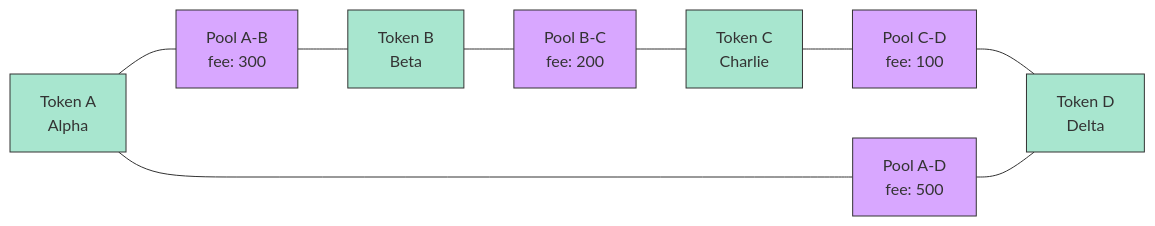
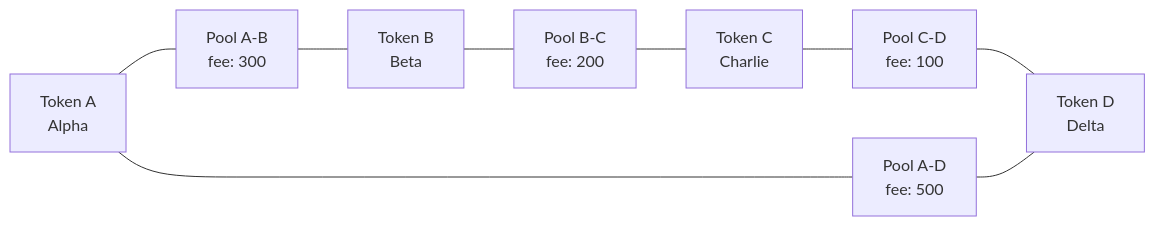
One commit to maxcherhk/comp5521-project changed the diagram in hardhat/README.md. Above: the diagram before and after it, drawn with Mermaid.

Commit message:
Remove color  definitions for token and pool in README.md to streamline the documentation.

````diff
--- a/hardhat/README.md
+++ b/hardhat/README.md
@@ -75,17 +75,15 @@
 ```mermaid
 graph LR
     A[Token A<br>Alpha] --- AB[Pool A-B<br>fee: 300]
     A --- AD[Pool A-D<br>fee: 500]
     AB --- B[Token B<br>Beta]
     B --- BC[Pool B-C<br>fee: 200]
     BC --- C[Token C<br>Charlie]
     C --- CD[Pool C-D<br>fee: 100]
     CD --- D[Token D<br>Delta]
     AD --- D
     
-    classDef token fill:#a8e6cf,stroke:#333,stroke-width:1px
-    classDef pool fill:#d8a7ff,stroke:#333,stroke-width:1px
     
     class A,B,C,D token
     class AB,BC,CD,AD pool
 ```
````
